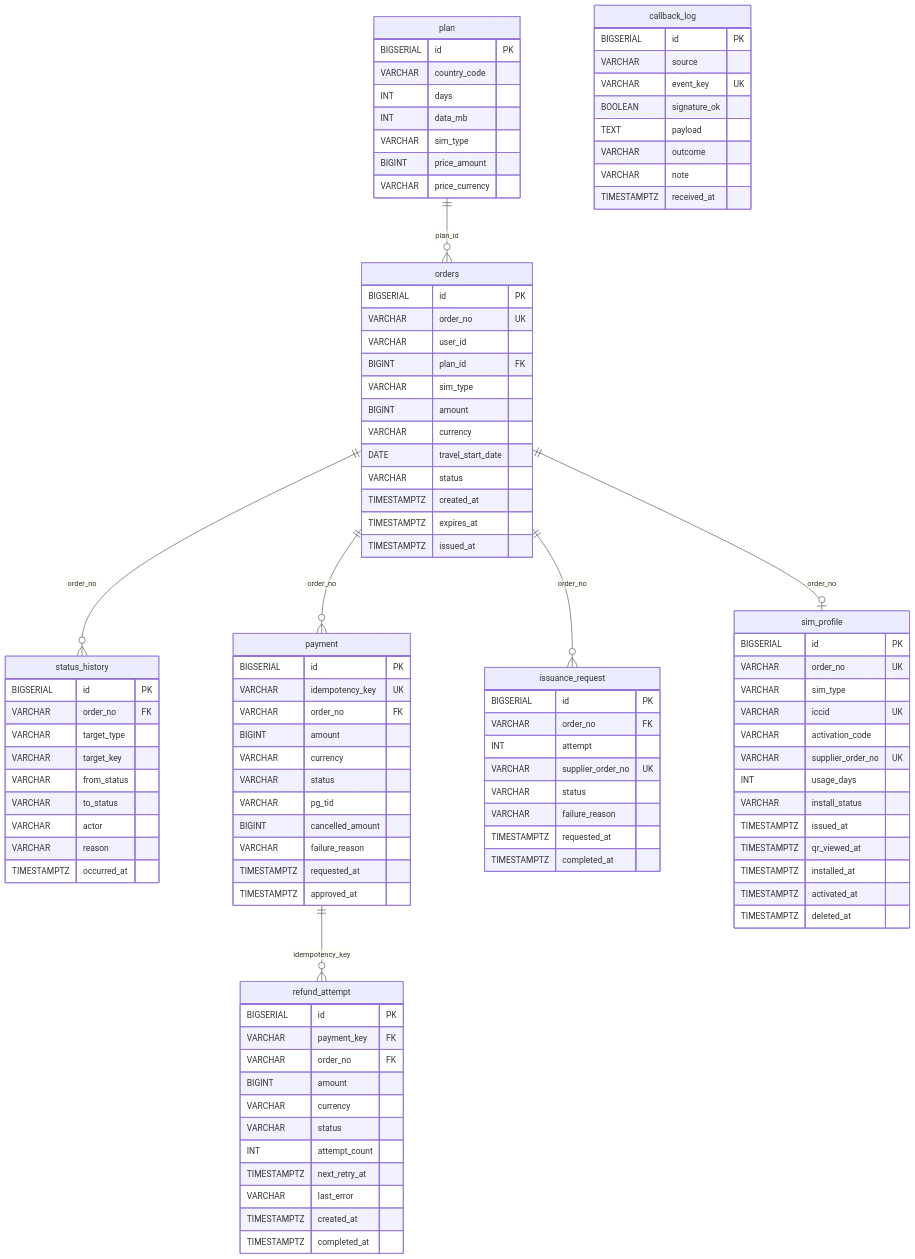
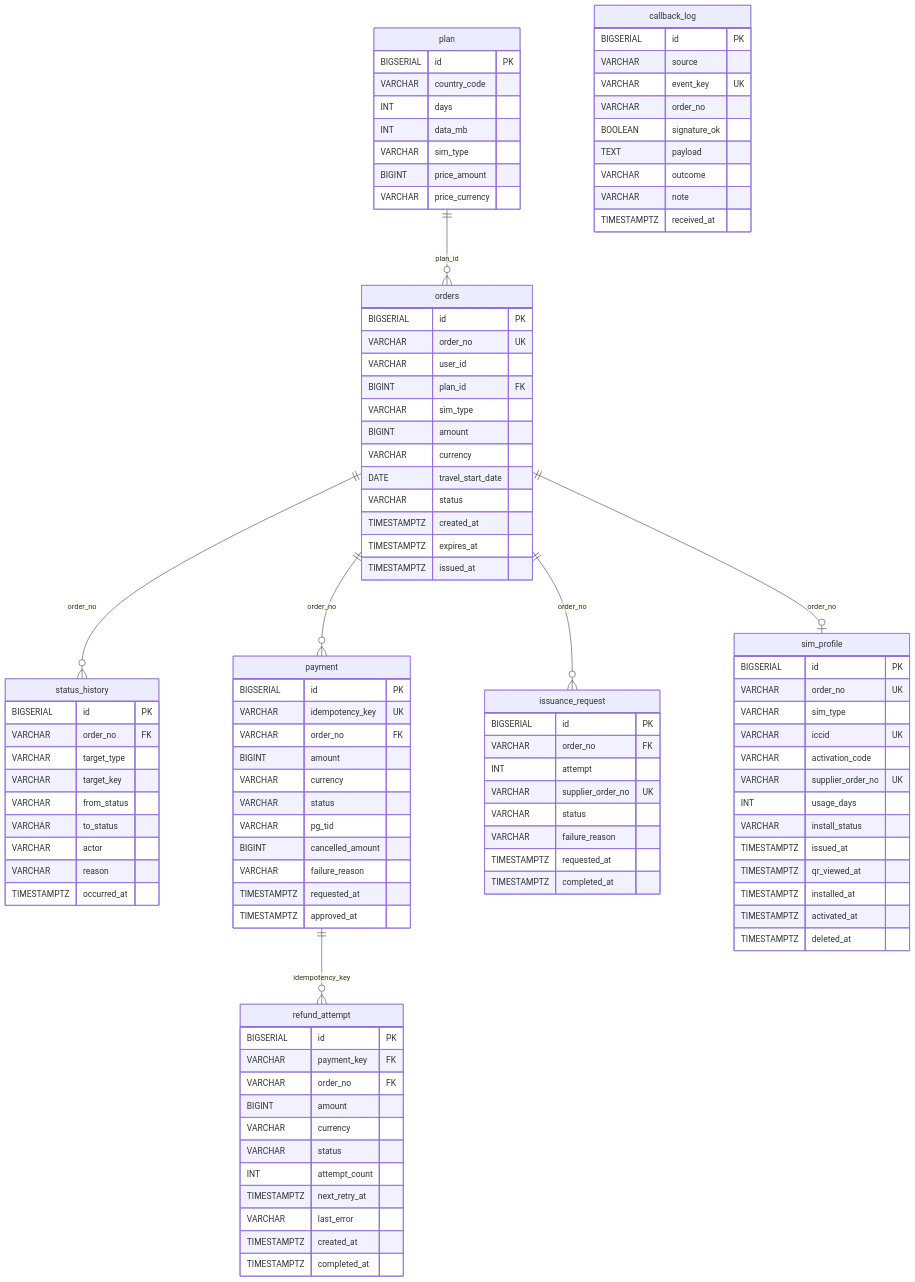
The fifth of 5 diagrams in README.md (Voyager003/ROAMPASS_SERVER), drawn with Mermaid before and after one commit. The commit also changed other lines of this file and 2 other files, not shown here.

```diff
--- a/README.md
+++ b/README.md
@@ -491,6 +555,7 @@
         BIGSERIAL id PK
         VARCHAR source
         VARCHAR event_key UK
+        VARCHAR order_no
         BOOLEAN signature_ok
         TEXT payload
         VARCHAR outcome
```
